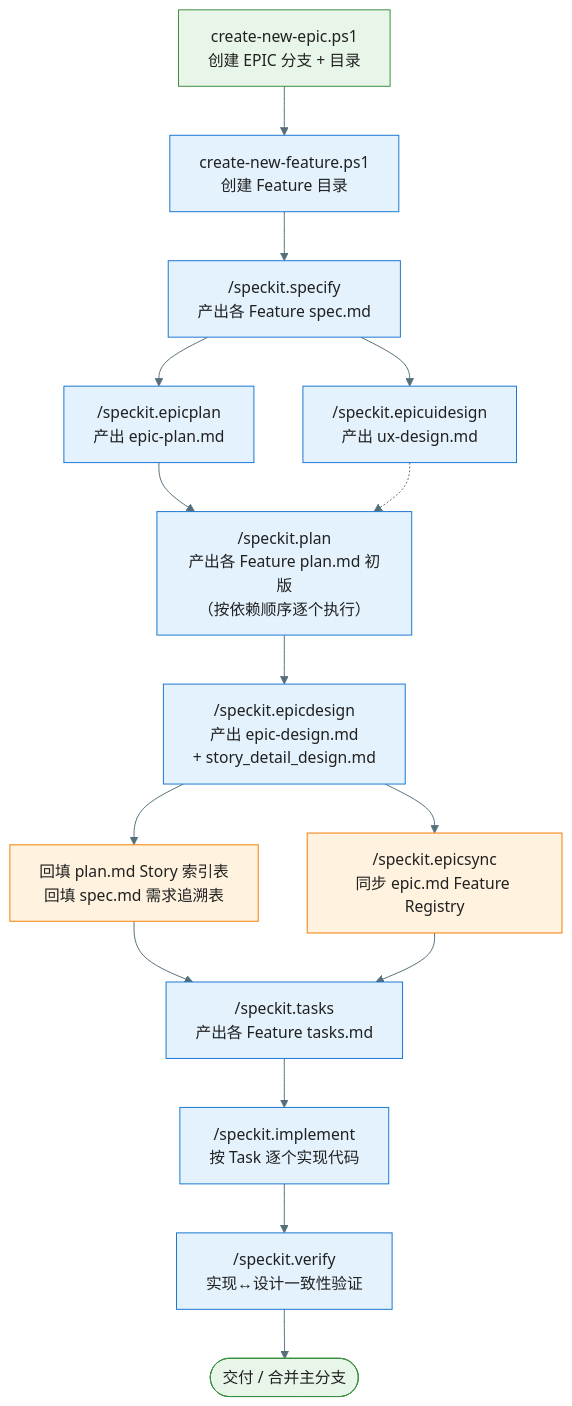
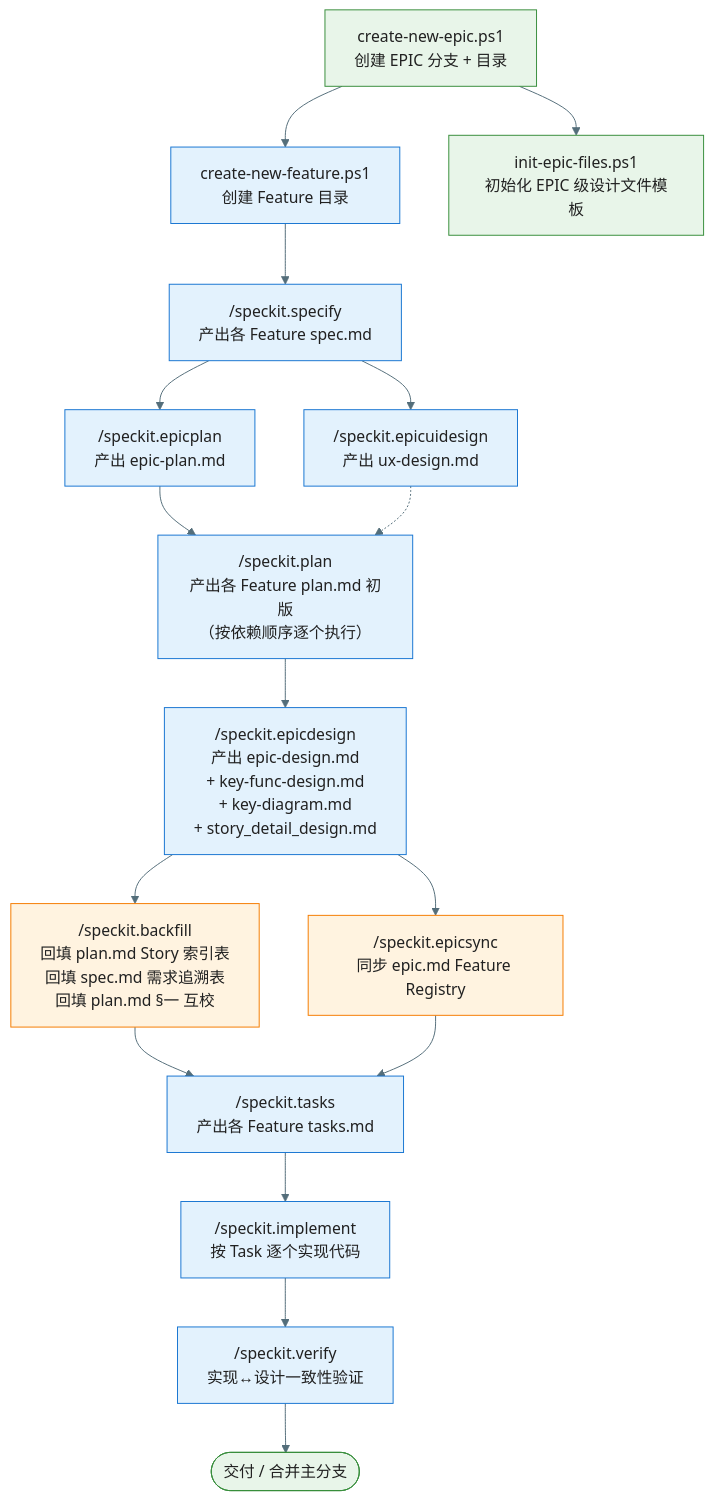
Before and after one commit to jackykarma/Verity: the third of 5 diagrams in .specify/workflow-overview.md, drawn with Mermaid. The commit also changed other lines of this file and 19 other files, not shown here.

````diff
--- a/.specify/workflow-overview.md
+++ b/.specify/workflow-overview.md
@@ -130,23 +148,25 @@
 ```mermaid
 %%{init: {'theme': 'base', 'themeVariables': { 'primaryColor': '#E3F2FD', 'primaryTextColor': '#212121', 'primaryBorderColor': '#1976D2', 'lineColor': '#546E7A'}}}%%
 flowchart TD
     Step1["create-new-epic.ps1<br/>创建 EPIC 分支 + 目录"] --> Step2["create-new-feature.ps1<br/>创建 Feature 目录"]
+    Step1 --> Step1b["init-epic-files.ps1<br/>初始化 EPIC 级设计文件模板"]
     Step2 --> Step3["/speckit.specify<br/>产出各 Feature spec.md"]
     Step3 --> Step4["/speckit.epicplan<br/>产出 epic-plan.md"]
     Step3 --> Step5["/speckit.epicuidesign<br/>产出 ux-design.md"]
     Step4 --> Step6["/speckit.plan<br/>产出各 Feature plan.md 初版<br/>（按依赖顺序逐个执行）"]
     Step5 -.-> Step6
-    Step6 --> Step7["/speckit.epicdesign<br/>产出 epic-design.md<br/>+ story_detail_design.md"]
-    Step7 --> Step8["回填 plan.md Story 索引表<br/>回填 spec.md 需求追溯表"]
+    Step6 --> Step7["/speckit.epicdesign<br/>产出 epic-design.md<br/>+ key-func-design.md<br/>+ key-diagram.md<br/>+ story_detail_design.md"]
+    Step7 --> Step8["/speckit.backfill<br/>回填 plan.md Story 索引表<br/>回填 spec.md 需求追溯表<br/>回填 plan.md §一 互校"]
     Step7 --> Step9["/speckit.epicsync<br/>同步 epic.md Feature Registry"]
     Step8 --> Step10["/speckit.tasks<br/>产出各 Feature tasks.md"]
     Step9 --> Step10
     Step10 --> Step11["/speckit.implement<br/>按 Task 逐个实现代码"]
     Step11 --> Step12["/speckit.verify<br/>实现↔设计一致性验证"]
     Step12 --> Step13([交付 / 合并主分支])
 
     style Step1 fill:#E8F5E9,stroke:#388E3C
+    style Step1b fill:#E8F5E9,stroke:#388E3C
     style Step13 fill:#E8F5E9,stroke:#388E3C
     style Step8 fill:#FFF3E0,stroke:#F57C00
     style Step9 fill:#FFF3E0,stroke:#F57C00
 ```
````
